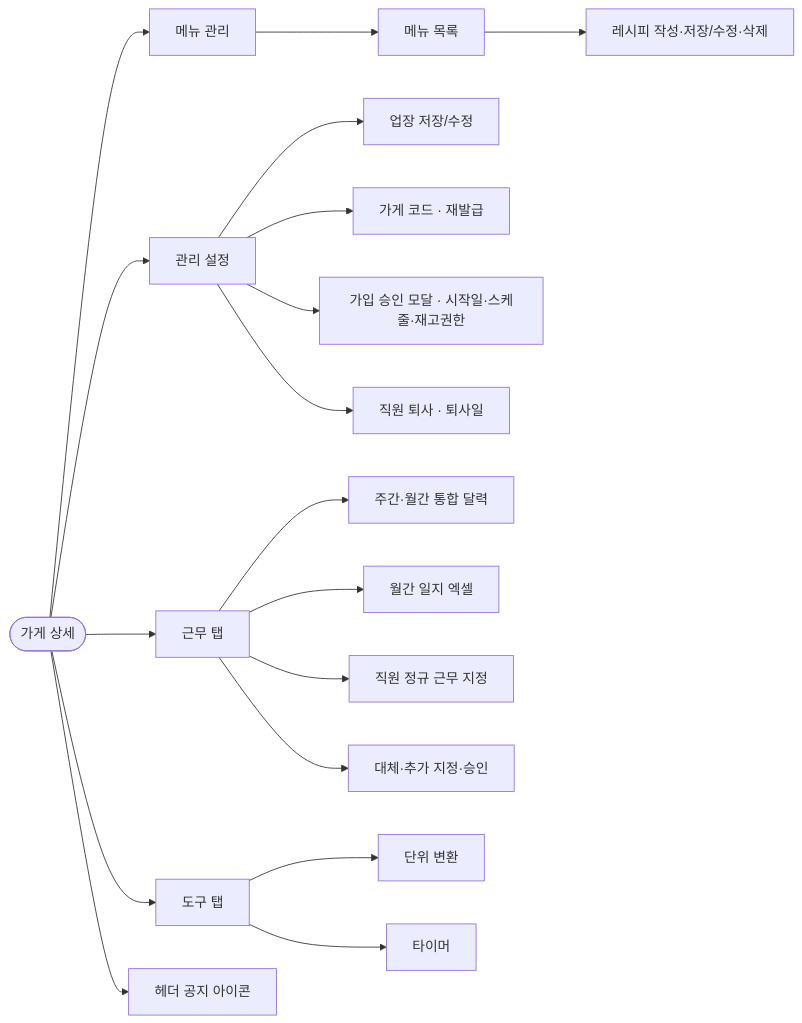
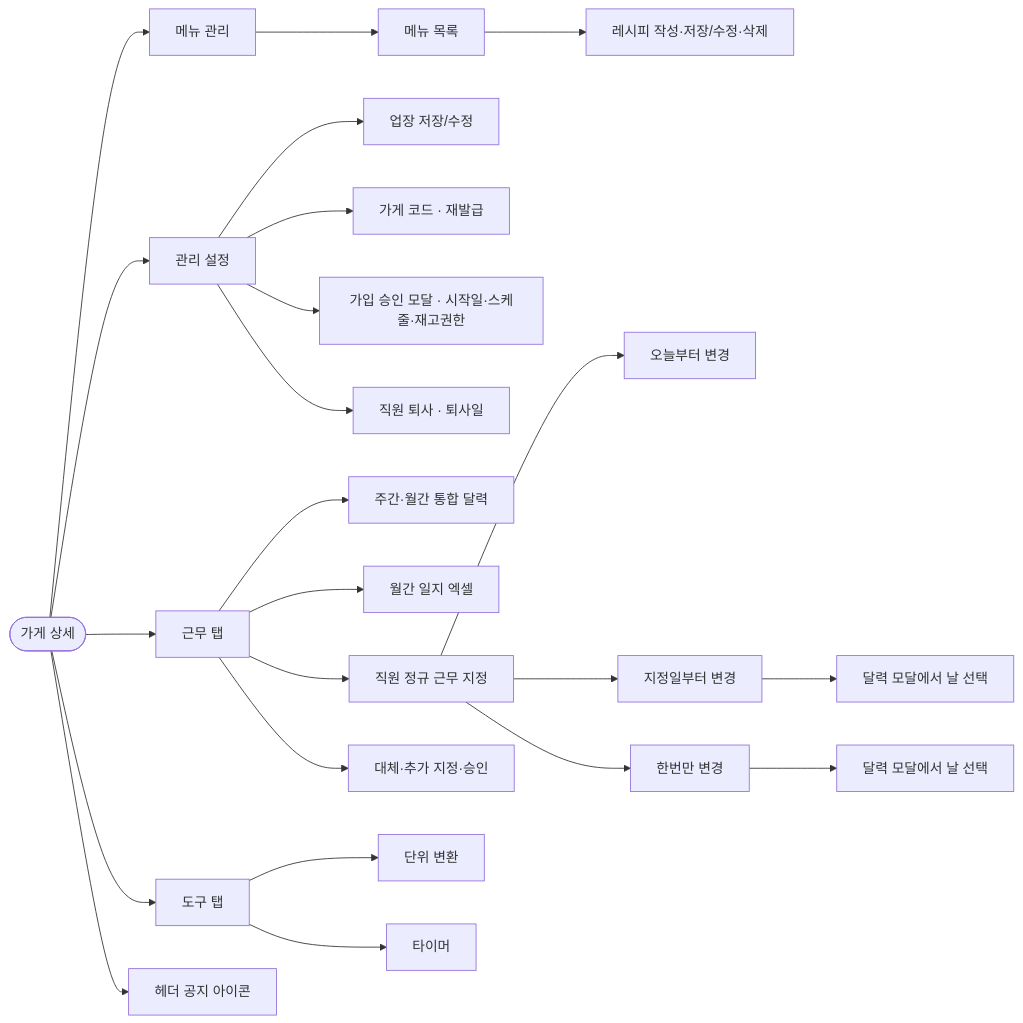
The tenth of 26 diagrams in docs/PBB-유저-흐름도.md (ohdeg/PBB), drawn with Mermaid before and after one commit. The commit also changed other lines of this file and 94 other files, not shown here.

````diff
--- a/docs/PBB-유저-흐름도.md
+++ b/docs/PBB-유저-흐름도.md
@@ -224,20 +228,25 @@
 ```mermaid
 flowchart LR
     store([가게 상세]) --> menus[메뉴 관리]
     menus --> menuList[메뉴 목록]
     menuList --> recipeEdit[레시피 작성·저장/수정·삭제]
     store --> settings[관리 설정]
     settings --> saveStore[업장 저장/수정]
     settings --> inviteCode[가게 코드 · 재발급]
     settings --> joins[가입 승인 모달 · 시작일·스케줄·재고권한]
     settings --> resign[직원 퇴사 · 퇴사일]
     store --> schedule[근무 탭]
     schedule --> calendar[주간·월간 통합 달력]
     schedule --> journalXlsx[월간 일지 엑셀]
     schedule --> assign[직원 정규 근무 지정]
+    assign --> fromToday[오늘부터 변경]
+    assign --> fromDate[지정일부터 변경]
+    fromDate --> pickDate[달력 모달에서 날 선택]
+    assign --> once[한번만 변경]
+    once --> pickOnce[달력 모달에서 날 선택]
     schedule --> cover[대체·추가 지정·승인]
     store --> tools[도구 탭]
     store --> notice[헤더 공지 아이콘]
     tools --> units[단위 변환]
     tools --> timers[타이머]
 ```
````
